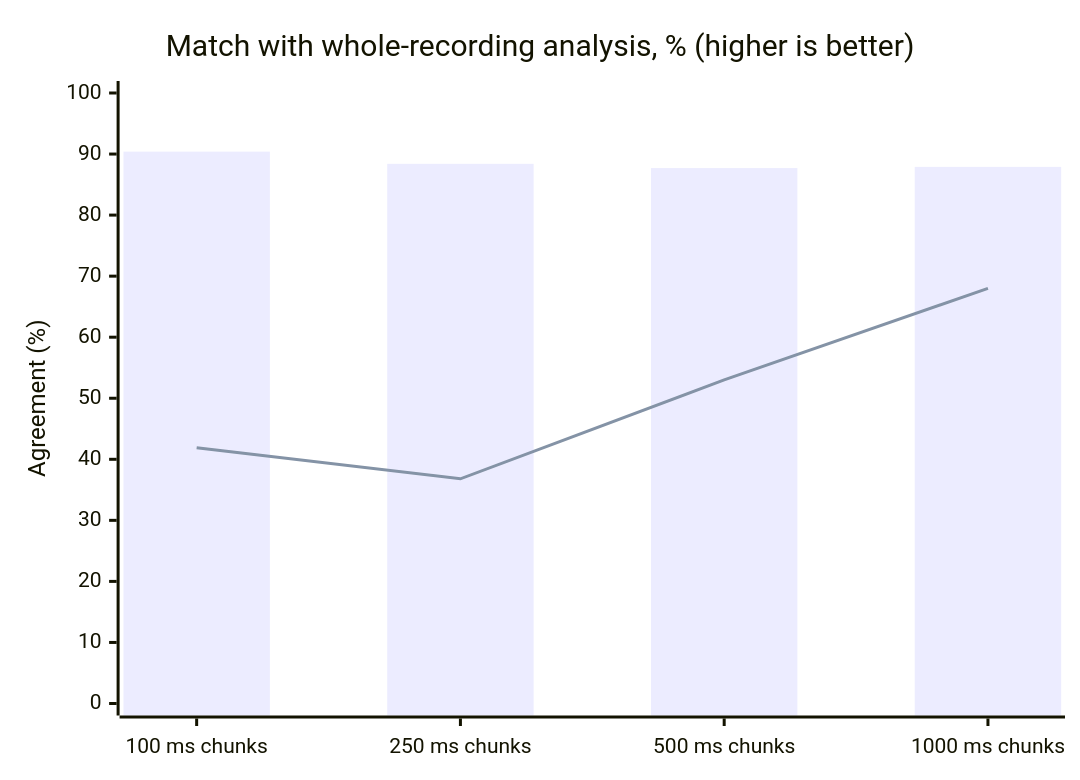
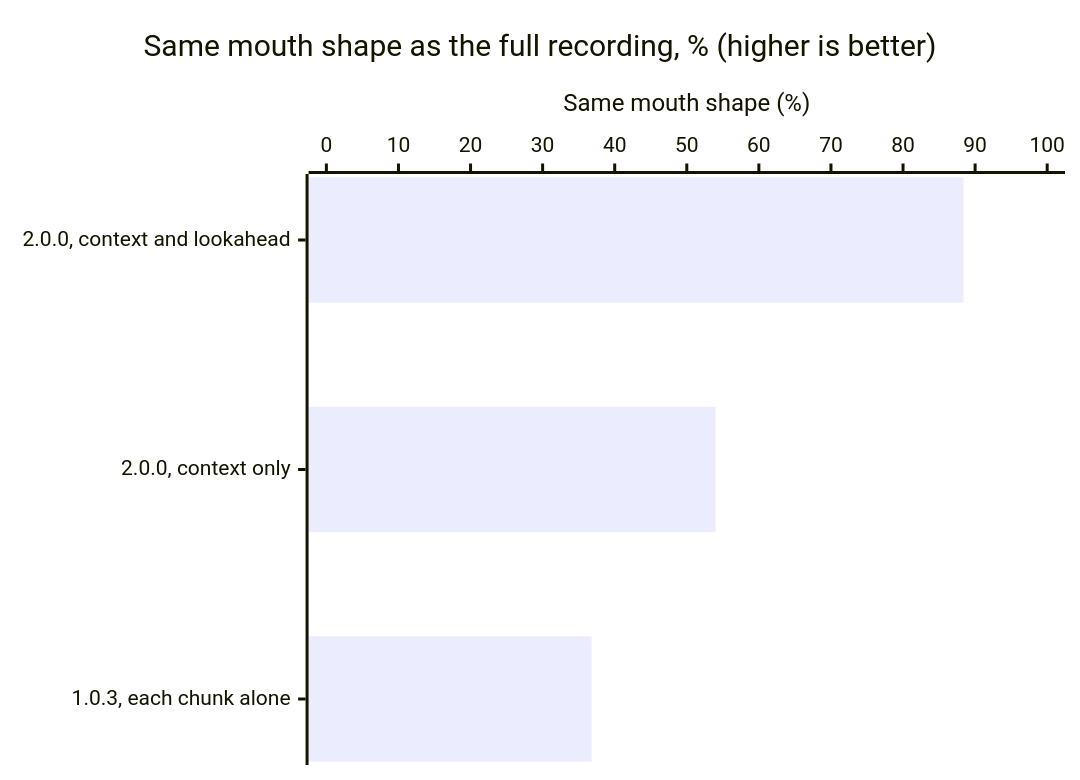
The second of 3 diagrams in BENCHMARK.md (biolimbo/lip-sync-engine), drawn with Mermaid before and after one commit. The commit also changed other lines of this file, not shown here.

Commit message:
docs: simplify the streaming quality chart

````diff
--- a/BENCHMARK.md
+++ b/BENCHMARK.md
@@ -130,8 +119,7 @@
 ```mermaid
-xychart-beta
-    title "Match with whole-recording analysis, % (higher is better)"
-    x-axis ["100 ms chunks", "250 ms chunks", "500 ms chunks", "1000 ms chunks"]
-    y-axis "Agreement (%)" 0 --> 100
-    bar [90.4, 88.4, 87.7, 87.9]
-    line [41.9, 36.8, 53.0, 68.0]
+xychart-beta horizontal
+    title "Same mouth shape as the full recording, % (higher is better)"
+    x-axis ["2.0.0, context and lookahead", "2.0.0, context only", "1.0.3, each chunk alone"]
+    y-axis "Same mouth shape (%)" 0 --> 100
+    bar [88.4, 54.0, 36.8]
 ```
````
